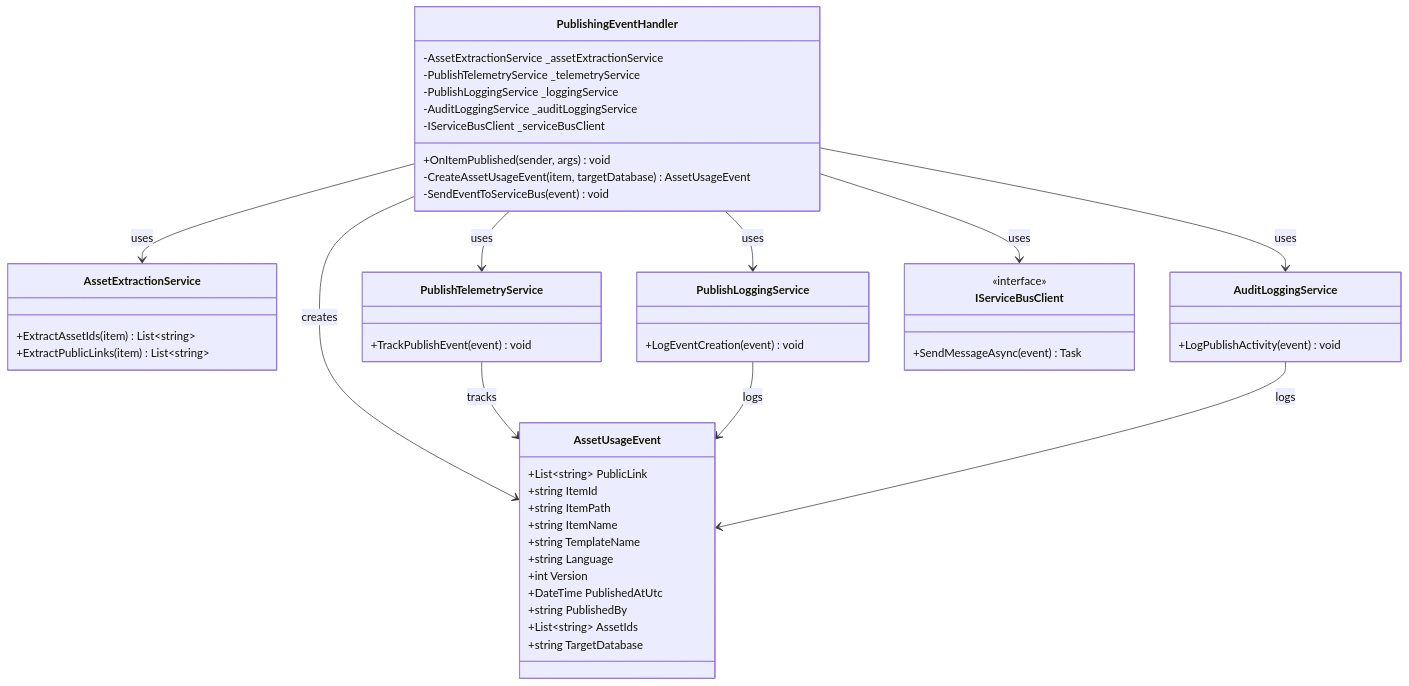
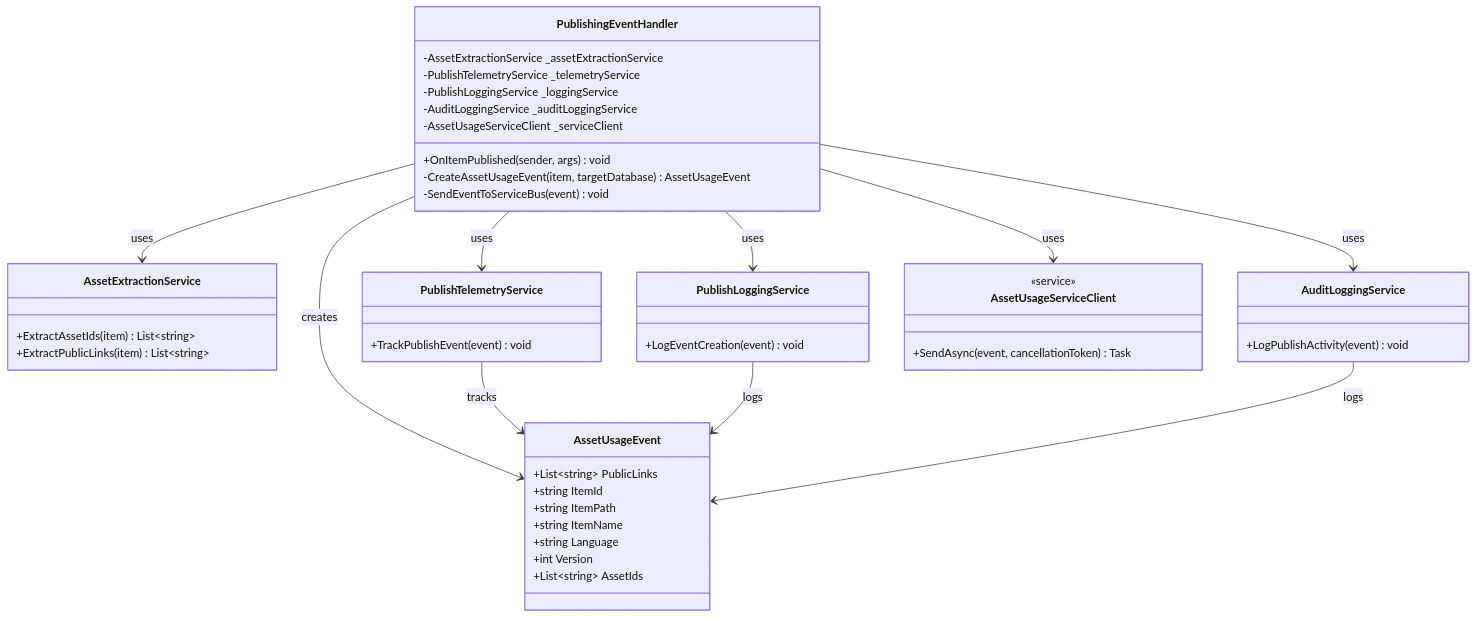
One commit to iodigital-com/asset-usage-service changed the second of 2 diagrams in README.md. Above: the diagram before and after it, drawn with Mermaid. The commit also changed other lines of this file, not shown here.

````diff
--- a/README.md
+++ b/README.md
@@ -197,65 +202,61 @@
 ```mermaid
 classDiagram
     %% Sitecore Event Handler
     class PublishingEventHandler {
         -AssetExtractionService _assetExtractionService
         -PublishTelemetryService _telemetryService
         -PublishLoggingService _loggingService
         -AuditLoggingService _auditLoggingService
-        -IServiceBusClient _serviceBusClient
+        -AssetUsageServiceClient _serviceClient
         +OnItemPublished(sender, args) void
         -CreateAssetUsageEvent(item, targetDatabase) AssetUsageEvent
         -SendEventToServiceBus(event) void
     }
 
     %% Services
     class AssetExtractionService {
         +ExtractAssetIds(item) List~string~
         +ExtractPublicLinks(item) List~string~
     }
 
     class PublishTelemetryService {
         +TrackPublishEvent(event) void
     }
 
     class PublishLoggingService {
         +LogEventCreation(event) void
     }
 
     class AuditLoggingService {
         +LogPublishActivity(event) void
     }
 
     %% Event Model
     class AssetUsageEvent {
-        +List~string~ PublicLink
+        +List~string~ PublicLinks
         +string ItemId
         +string ItemPath
         +string ItemName
-        +string TemplateName
         +string Language
         +int Version
-        +DateTime PublishedAtUtc
-        +string PublishedBy
         +List~string~ AssetIds
-        +string TargetDatabase
     }
     
     %% External Dependency
-    class IServiceBusClient {
-        <<interface>>
-        +SendMessageAsync(event) Task
+    class AssetUsageServiceClient {
+        <<service>>
+        +SendAsync(event, cancellationToken) Task
     }
 
     %% Relationships
     PublishingEventHandler --> AssetExtractionService : uses
     PublishingEventHandler --> PublishTelemetryService : uses
     PublishingEventHandler --> PublishLoggingService : uses
     PublishingEventHandler --> AuditLoggingService : uses
-    PublishingEventHandler --> IServiceBusClient : uses
+    PublishingEventHandler --> AssetUsageServiceClient : uses
     PublishingEventHandler --> AssetUsageEvent : creates
 
     PublishTelemetryService --> AssetUsageEvent : tracks
     PublishLoggingService --> AssetUsageEvent : logs
     AuditLoggingService --> AssetUsageEvent : logs
 ```
````
